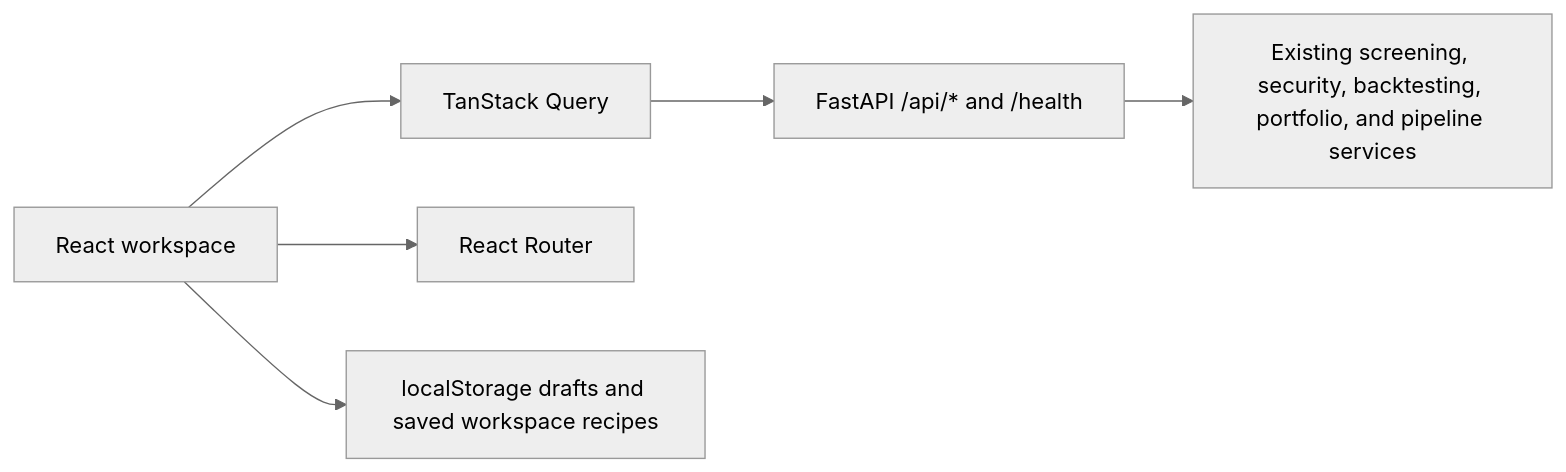
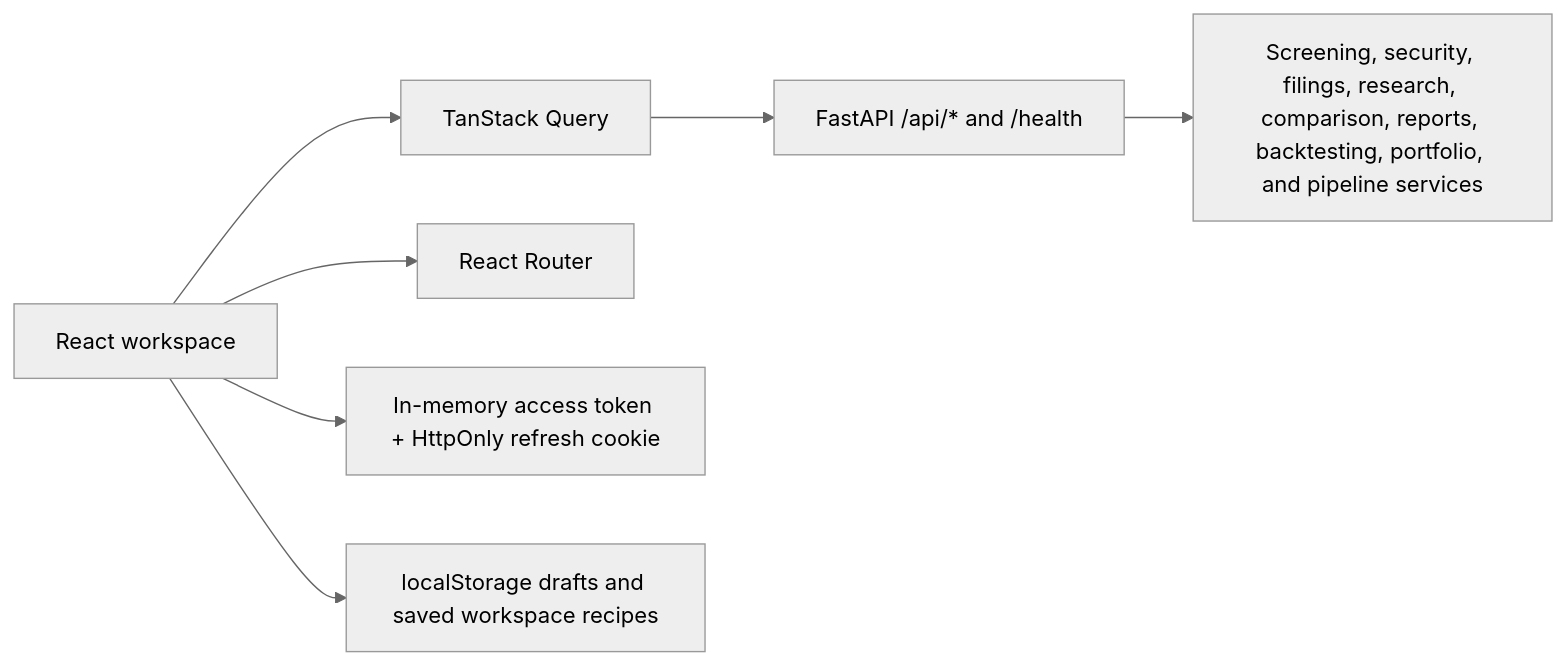
One commit to TiagoDeMatosDias/EDINET changed the diagram in docs/Frontend Architecture.md. Above: the diagram before and after it, drawn with Mermaid (neutral theme). The commit also changed other lines of this file and 100 other files, not shown here.

First line of the commit message:
feat: Add security analysis comparison endpoint and enhance authentication

````diff
--- a/docs/Frontend Architecture.md
+++ b/docs/Frontend Architecture.md
@@ -9,8 +9,9 @@
 ```mermaid
 flowchart LR
     Browser["React workspace"] --> Query["TanStack Query"]
     Browser --> Router["React Router"]
     Query --> API["FastAPI /api/* and /health"]
-    API --> Services["Existing screening, security, backtesting, portfolio, and pipeline services"]
+    API --> Services["Screening, security, filings, research, comparison, reports, backtesting, portfolio, and pipeline services"]
+    Browser --> Auth["In-memory access token + HttpOnly refresh cookie"]
     Browser --> Storage["localStorage drafts and saved workspace recipes"]
 ```
````
